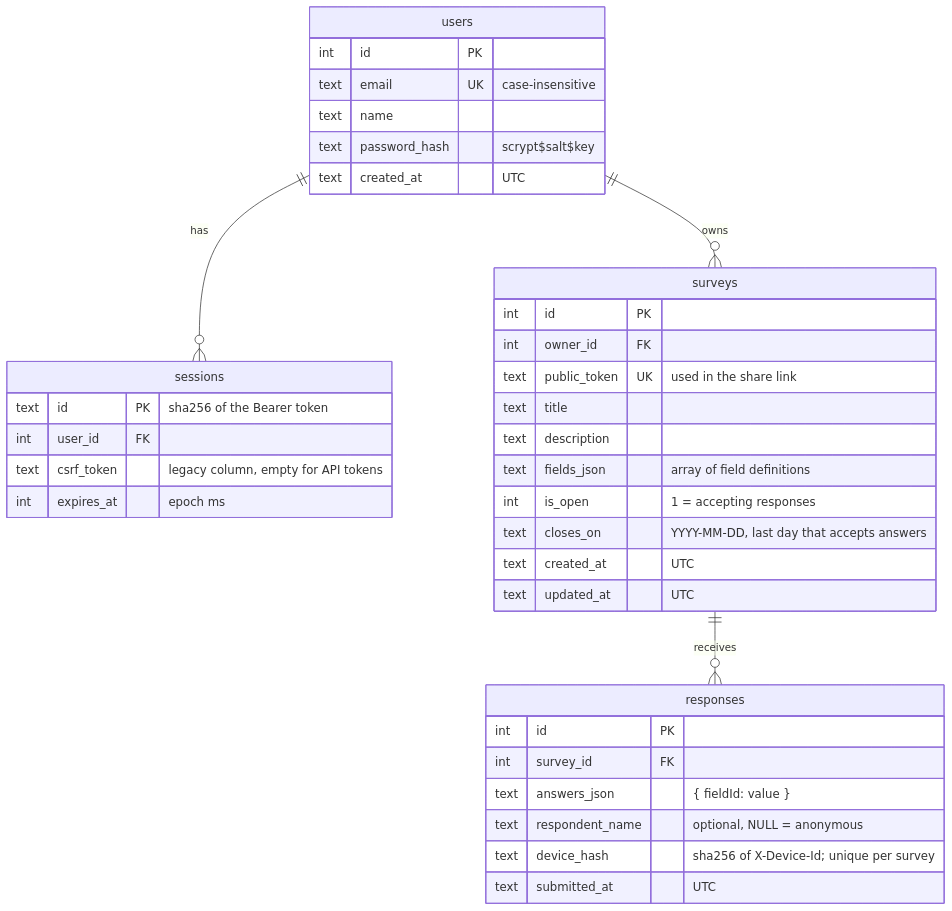
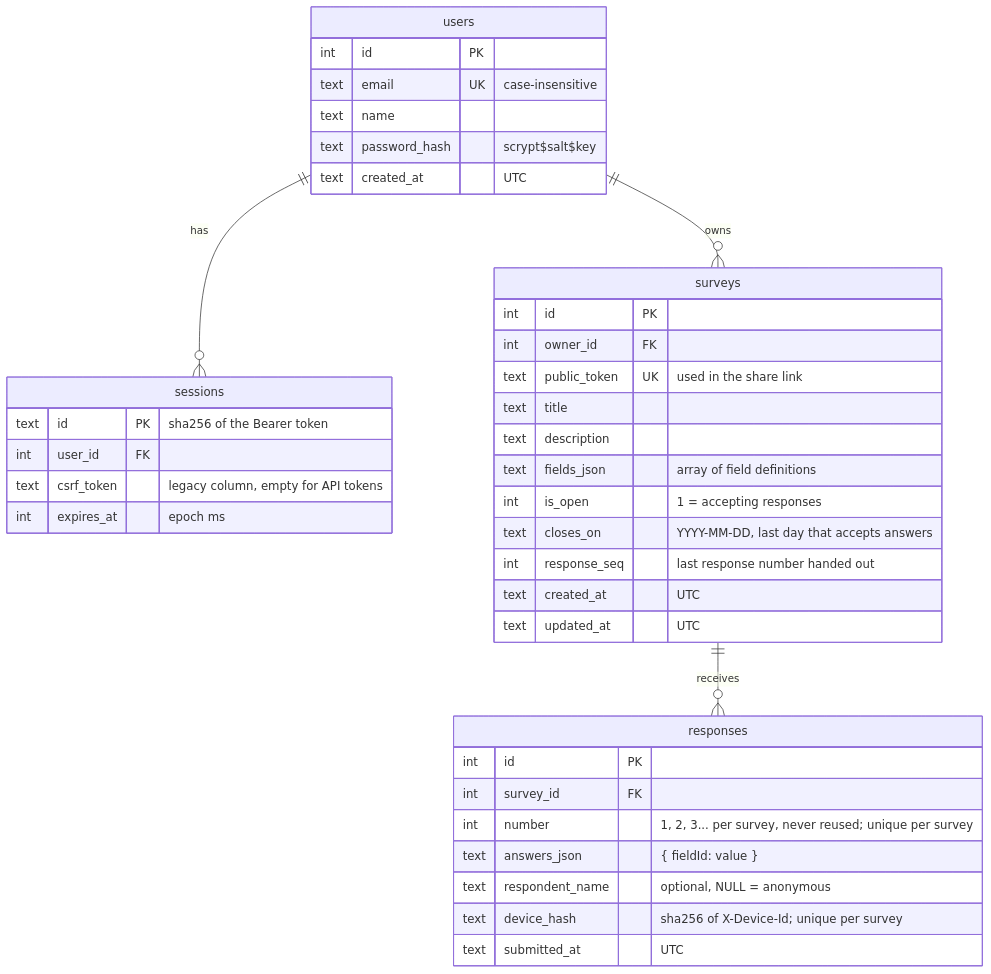
The third of 3 diagrams in CODE_GUIDE.md (yendri404/survery), drawn with Mermaid before and after one commit. The commit also changed other lines of this file and 14 other files, not shown here.

First line of the commit message:
feat: number responses per survey instead of globally

````diff
--- a/CODE_GUIDE.md
+++ b/CODE_GUIDE.md
@@ -233,40 +233,42 @@
 ```mermaid
 erDiagram
     users ||--o{ sessions : has
     users ||--o{ surveys : owns
     surveys ||--o{ responses : receives
 
     users {
         int id PK
         text email UK "case-insensitive"
         text name
         text password_hash "scrypt$salt$key"
         text created_at "UTC"
     }
     sessions {
         text id PK "sha256 of the Bearer token"
         int user_id FK
         text csrf_token "legacy column, empty for API tokens"
         int expires_at "epoch ms"
     }
     surveys {
         int id PK
         int owner_id FK
         text public_token UK "used in the share link"
         text title
         text description
         text fields_json "array of field definitions"
         int is_open "1 = accepting responses"
         text closes_on "YYYY-MM-DD, last day that accepts answers"
+        int response_seq "last response number handed out"
         text created_at "UTC"
         text updated_at "UTC"
     }
     responses {
         int id PK
         int survey_id FK
+        int number "1, 2, 3... per survey, never reused; unique per survey"
         text answers_json "{ fieldId: value }"
         text respondent_name "optional, NULL = anonymous"
         text device_hash "sha256 of X-Device-Id; unique per survey"
         text submitted_at "UTC"
     }
 ```
````
